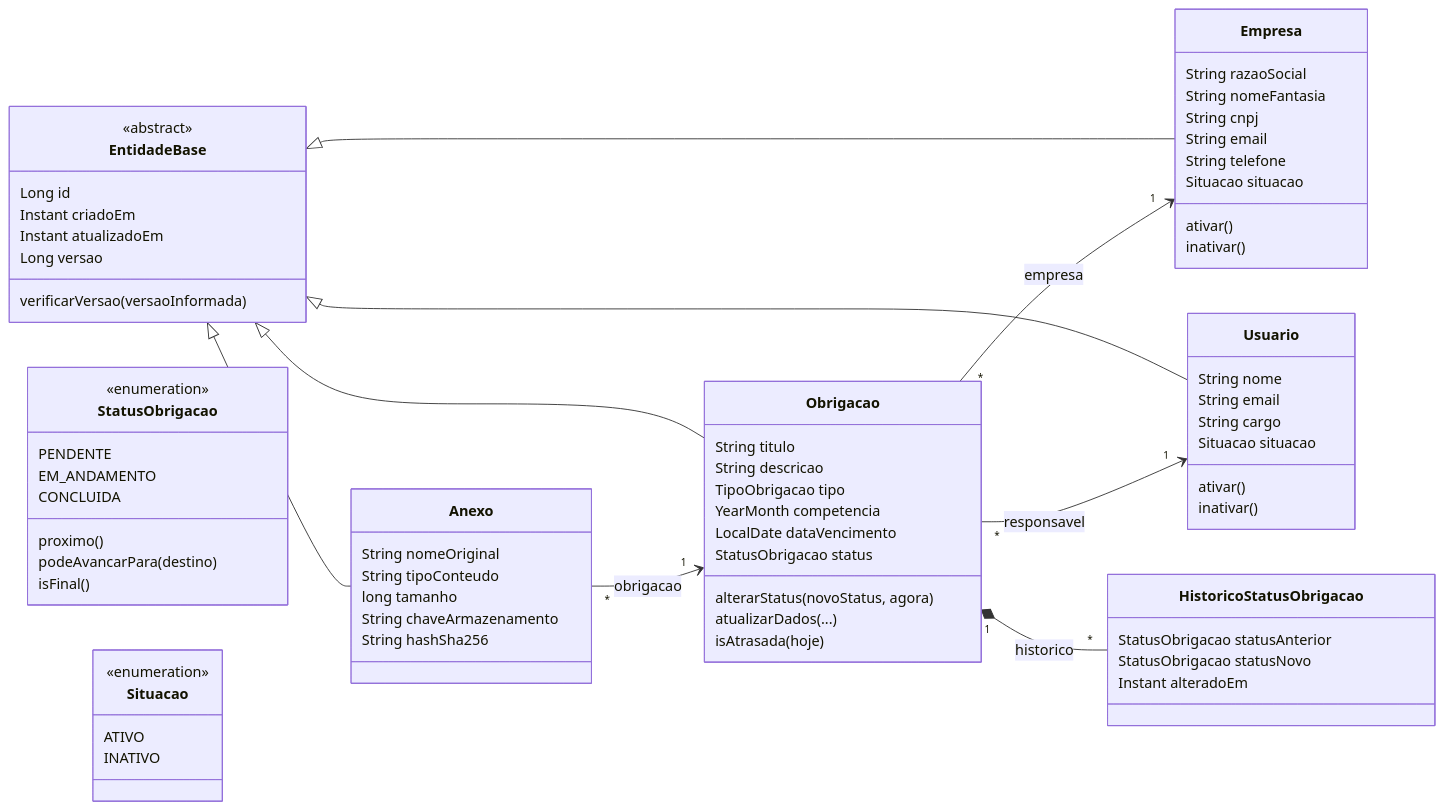
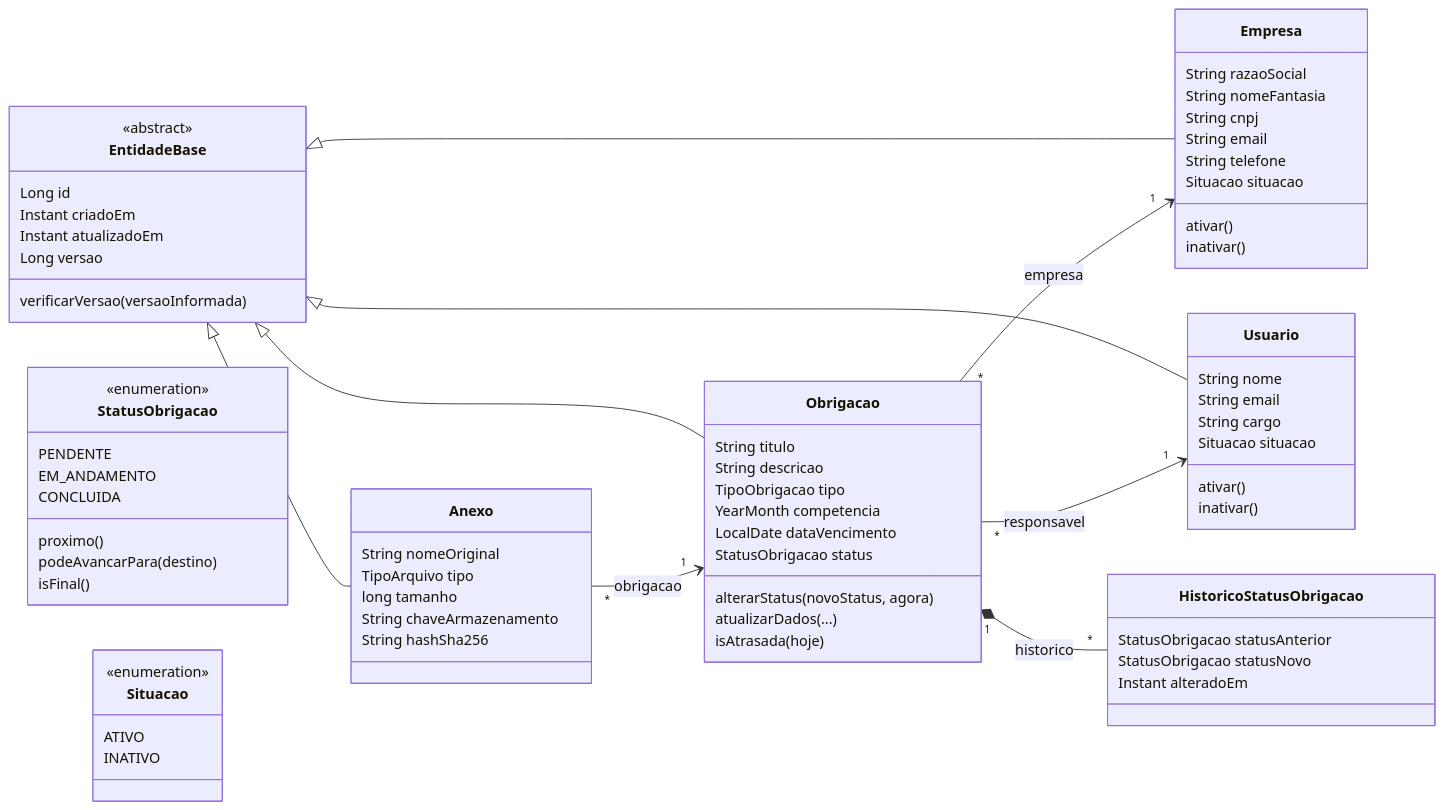
One commit to rafaelsdiniz/obrigacoes-backend changed the fourth of 10 diagrams in docs/02-arquitetura.md. Above: the diagram before and after it, drawn with Mermaid. The commit also changed other lines of this file and 4 other files, not shown here.

````diff
--- a/docs/02-arquitetura.md
+++ b/docs/02-arquitetura.md
@@ -131,76 +131,76 @@
 ```mermaid
 classDiagram
     direction LR
     class EntidadeBase {
         <<abstract>>
         Long id
         Instant criadoEm
         Instant atualizadoEm
         Long versao
         verificarVersao(versaoInformada)
     }
     class Empresa {
         String razaoSocial
         String nomeFantasia
         String cnpj
         String email
         String telefone
         Situacao situacao
         ativar()
         inativar()
     }
     class Usuario {
         String nome
         String email
         String cargo
         Situacao situacao
         ativar()
         inativar()
     }
     class Obrigacao {
         String titulo
         String descricao
         TipoObrigacao tipo
         YearMonth competencia
         LocalDate dataVencimento
         StatusObrigacao status
         alterarStatus(novoStatus, agora)
         atualizarDados(...)
         isAtrasada(hoje)
     }
     class HistoricoStatusObrigacao {
         StatusObrigacao statusAnterior
         StatusObrigacao statusNovo
         Instant alteradoEm
     }
     class Anexo {
         String nomeOriginal
-        String tipoConteudo
+        TipoArquivo tipo
         long tamanho
         String chaveArmazenamento
         String hashSha256
     }
     class StatusObrigacao {
         <<enumeration>>
         PENDENTE
         EM_ANDAMENTO
         CONCLUIDA
         proximo()
         podeAvancarPara(destino)
         isFinal()
     }
     class Situacao {
         <<enumeration>>
         ATIVO
         INATIVO
     }
 
     EntidadeBase <|-- Empresa
     EntidadeBase <|-- Usuario
     EntidadeBase <|-- Obrigacao
     EntidadeBase <|-- Anexo
     Obrigacao "*" --> "1" Empresa : empresa
     Obrigacao "*" --> "1" Usuario : responsavel
     Obrigacao "1" *-- "*" HistoricoStatusObrigacao : historico
     Anexo "*" --> "1" Obrigacao : obrigacao
 ```
````
